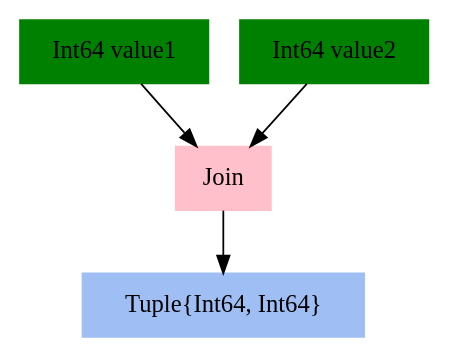
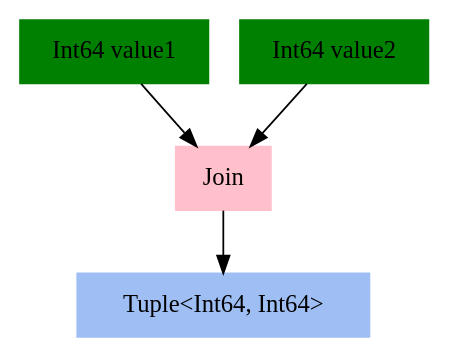
The diagram in Refactoring.Pipelines.Test/PipelineTests.JoinInputsSample.approved.dot (refactoring-pipelines/Pipelines), drawn with Graphviz before and after one commit. The commit also changed 7 other files, not shown here.

```diff
--- a/Refactoring.Pipelines.Test/PipelineTests.JoinInputsSample.approved.dot
+++ b/Refactoring.Pipelines.Test/PipelineTests.JoinInputsSample.approved.dot
@@ -1,15 +1,15 @@
 digraph G { node [style=filled, shape=rec]
 
 # Nodes
-{"Int64 value1", "Int64 value2"} -> "Join" -> "Tuple{Int64, Int64}"
+{"Int64 value1", "Int64 value2"} -> "Join" -> "Tuple<Int64, Int64>"
 
 
 # Formatting
 "Int64 value1" [color=green]
-"Tuple{Int64, Int64}" [color="#9fbff4"]
+"Tuple<Int64, Int64>" [color="#9fbff4"]
 "Join" [color=pink]
 "Int64 value2" [color=green]
 
 
 
 }
```
